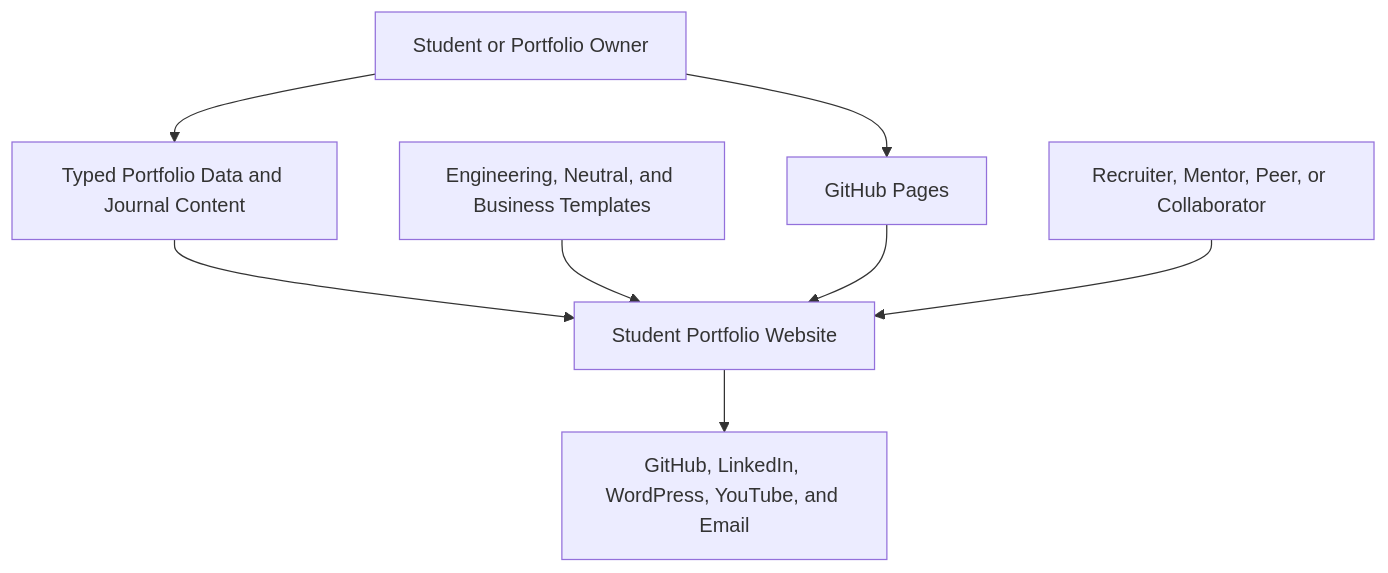
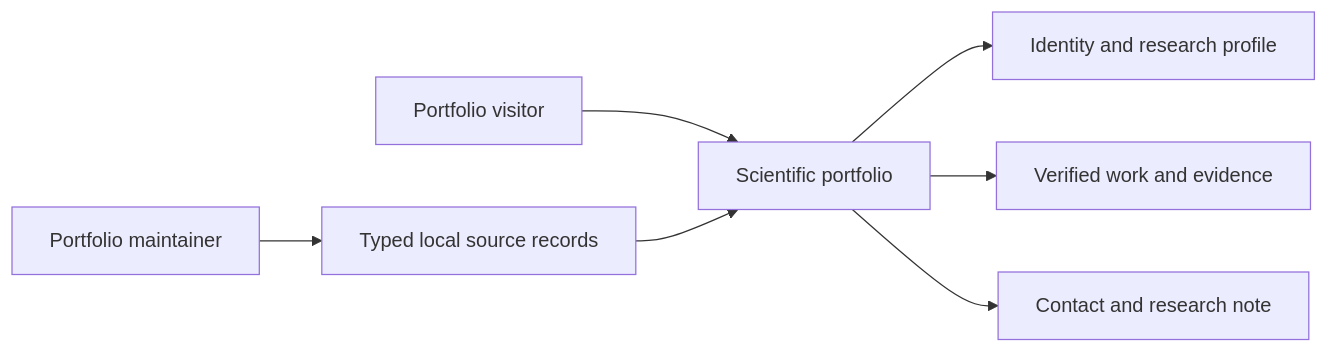
Before and after one commit to TranGiaMinhTam/TranGiaMinhTam.github.io: the diagram in aidlc-docs/inception/reverse-engineering/business-overview.md, drawn with Mermaid. The commit also changed other lines of this file and 955 other files, not shown here.

````diff
--- a/aidlc-docs/inception/reverse-engineering/business-overview.md
+++ b/aidlc-docs/inception/reverse-engineering/business-overview.md
@@ -5,18 +5,9 @@
 ```mermaid
-flowchart TD
-    Student["Student or Portfolio Owner"]
-    Visitor["Recruiter, Mentor, Peer, or Collaborator"]
-    Portfolio["Student Portfolio Website"]
-    Content["Typed Portfolio Data and Journal Content"]
-    Templates["Engineering, Neutral, and Business Templates"]
-    External["GitHub, LinkedIn, WordPress, YouTube, and Email"]
-    Pages["GitHub Pages"]
-
-    Student --> Content
-    Content --> Portfolio
-    Templates --> Portfolio
-    Student --> Pages
-    Pages --> Portfolio
-    Visitor --> Portfolio
-    Portfolio --> External
+flowchart LR
+    Visitor["Portfolio visitor"] --> Portfolio["Scientific portfolio"]
+    Portfolio --> Profile["Identity and research profile"]
+    Portfolio --> Evidence["Verified work and evidence"]
+    Portfolio --> Contact["Contact and research note"]
+    Maintainer["Portfolio maintainer"] --> Source["Typed local source records"]
+    Source --> Portfolio
 ```
````
